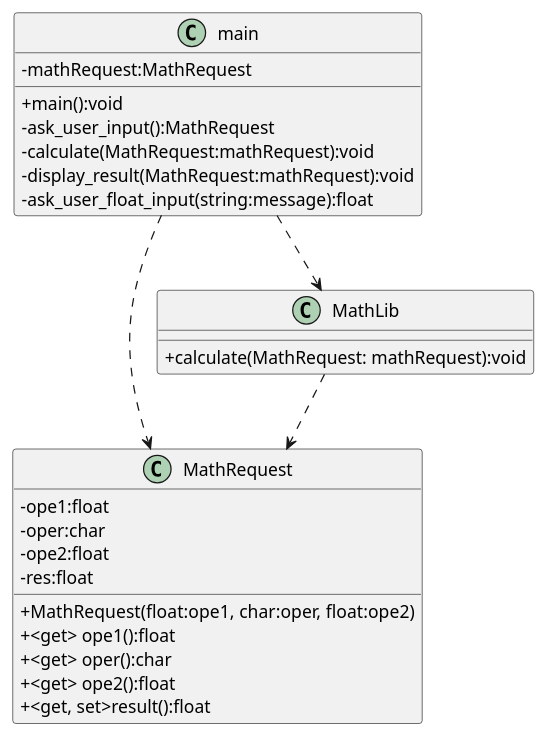
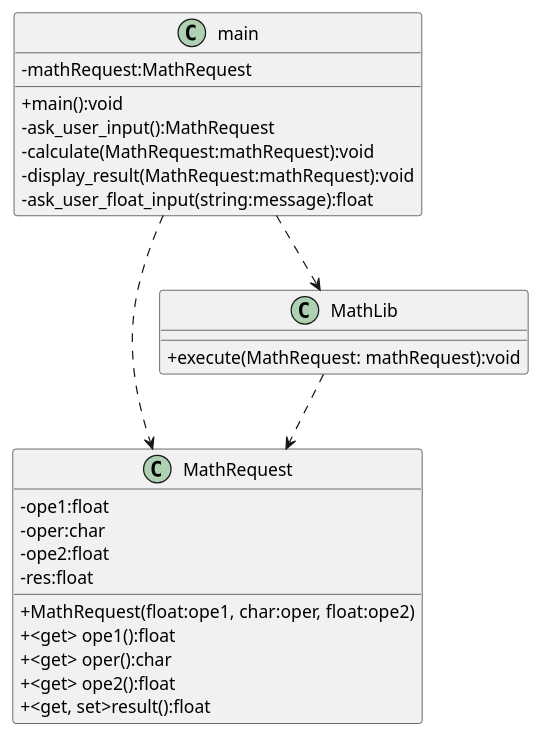
One commit to CPNV-CFC-I319/Eval1-Calculator changed the diagram in docs/class_diagram.puml. Above: the diagram before and after it, drawn with PlantUML.

Commit message:
fix: change method name calculate to execute

```diff
--- a/docs/class_diagram.puml
+++ b/docs/class_diagram.puml
@@ -1,36 +1,36 @@
 @startuml
 'https://plantuml.com/class-diagram
 skinparam classAttributeIconSize 0
 
 class MathRequest{
  - ope1:float
  - oper:char
  - ope2:float
  - res:float
 
  + MathRequest(float:ope1, char:oper, float:ope2)
  + <get> ope1():float
  + <get> oper():char
  + <get> ope2():float
  + <get, set>result():float
 }
 
 class MathLib{
- + calculate(MathRequest: mathRequest):void
+ + execute(MathRequest: mathRequest):void
 }
 
 class main{
  -mathRequest:MathRequest
 
  +main():void
  -ask_user_input():MathRequest
  -calculate(MathRequest:mathRequest):void
  -display_result(MathRequest:mathRequest):void
  -ask_user_float_input(string:message):float
 }
 
 main .-> MathRequest
 MathLib .-> MathRequest
 main .-> MathLib
 
 @enduml
```
